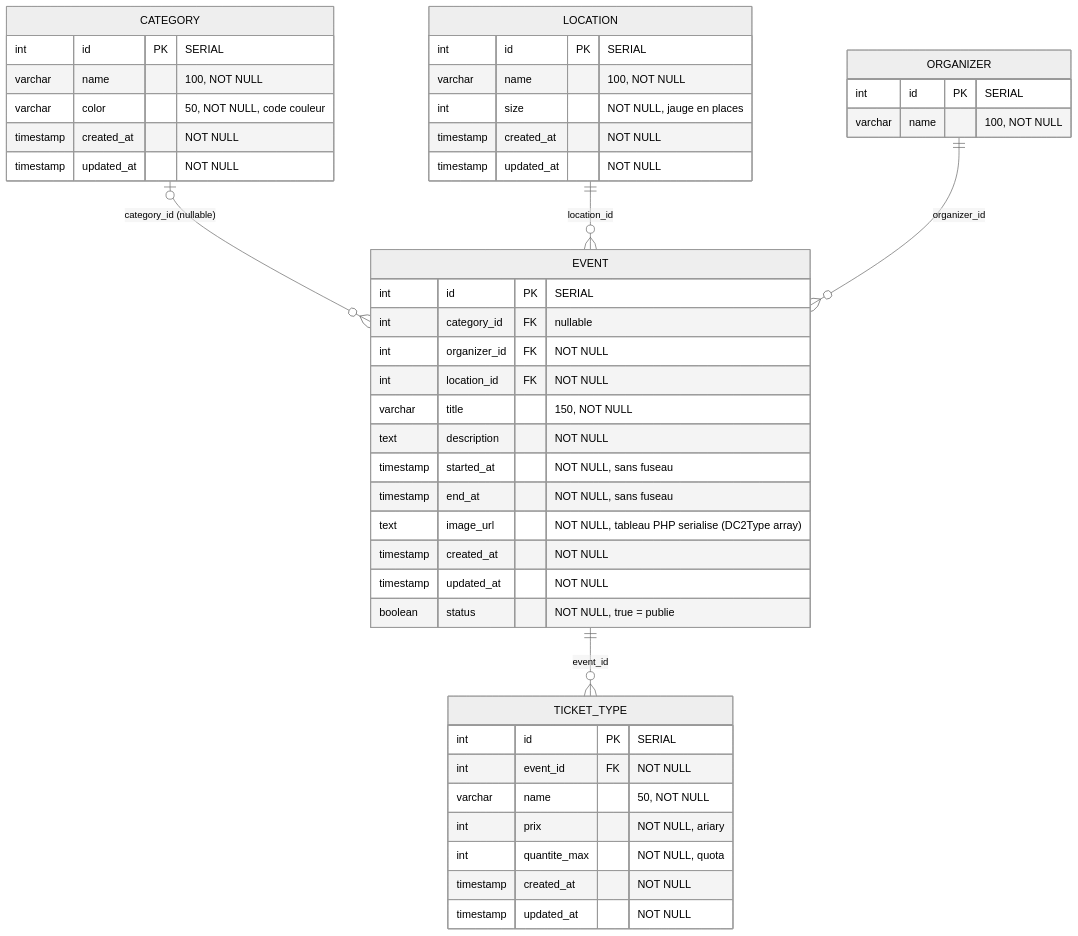
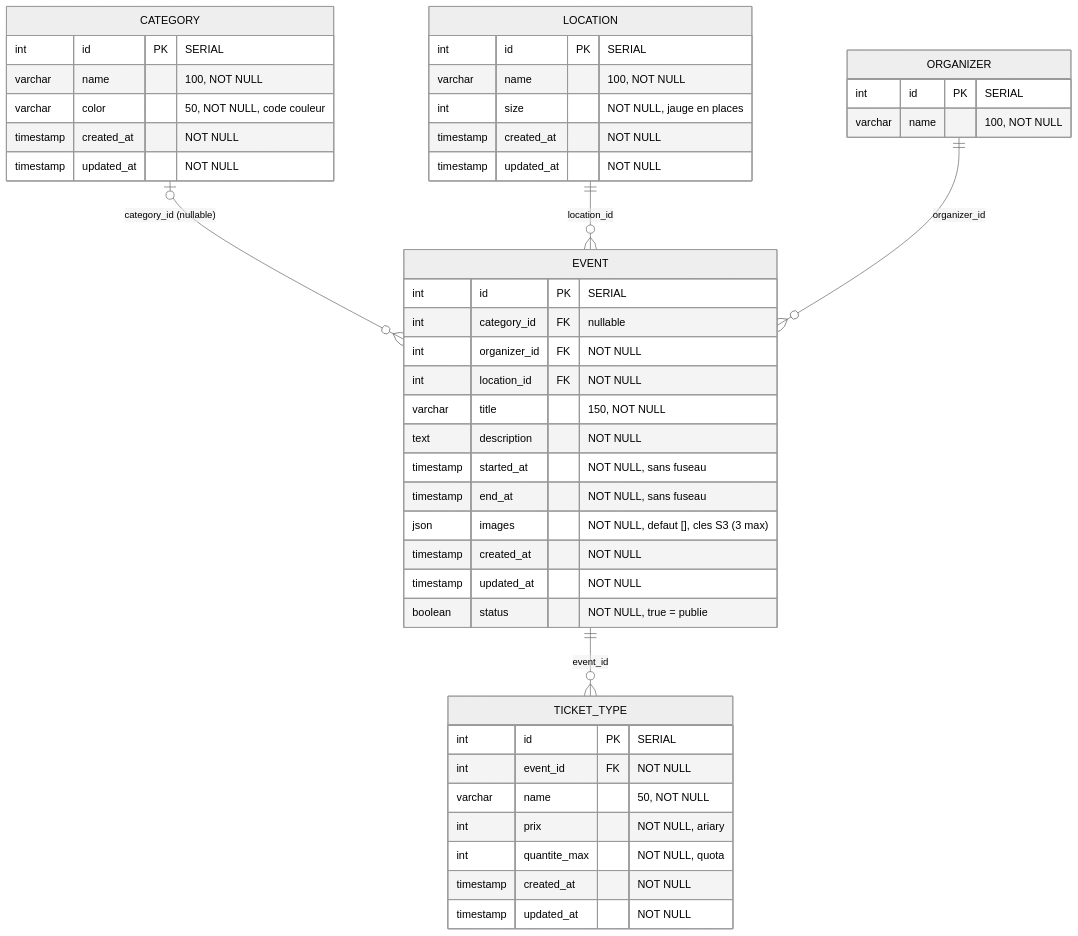
One commit to Jehovanie/TicketUp-Api changed the second of 5 diagrams in docs/database/erd.md. Above: the diagram before and after it, drawn with Mermaid (neutral theme). The commit also changed 17 other files, not shown here.

First line of the commit message:
feat(event): replace deprecated image_url with images JSON field for event entity

````diff
--- a/docs/database/erd.md
+++ b/docs/database/erd.md
@@ -38,53 +38,53 @@
 ```mermaid
 erDiagram
     CATEGORY |o--o{ EVENT : "category_id (nullable)"
     LOCATION ||--o{ EVENT : "location_id"
     ORGANIZER ||--o{ EVENT : "organizer_id"
     EVENT ||--o{ TICKET_TYPE : "event_id"
 
     EVENT {
         int id PK "SERIAL"
         int category_id FK "nullable"
         int organizer_id FK "NOT NULL"
         int location_id FK "NOT NULL"
         varchar title "150, NOT NULL"
         text description "NOT NULL"
         timestamp started_at "NOT NULL, sans fuseau"
         timestamp end_at "NOT NULL, sans fuseau"
-        text image_url "NOT NULL, tableau PHP serialise (DC2Type array)"
+        json images "NOT NULL, defaut [], cles S3 (3 max)"
         timestamp created_at "NOT NULL"
         timestamp updated_at "NOT NULL"
         boolean status "NOT NULL, true = publie"
     }
 
     CATEGORY {
         int id PK "SERIAL"
         varchar name "100, NOT NULL"
         varchar color "50, NOT NULL, code couleur"
         timestamp created_at "NOT NULL"
         timestamp updated_at "NOT NULL"
     }
 
     LOCATION {
         int id PK "SERIAL"
         varchar name "100, NOT NULL"
         int size "NOT NULL, jauge en places"
         timestamp created_at "NOT NULL"
         timestamp updated_at "NOT NULL"
     }
 
     TICKET_TYPE {
         int id PK "SERIAL"
         int event_id FK "NOT NULL"
         varchar name "50, NOT NULL"
         int prix "NOT NULL, ariary"
         int quantite_max "NOT NULL, quota"
         timestamp created_at "NOT NULL"
         timestamp updated_at "NOT NULL"
     }
 
     ORGANIZER {
         int id PK "SERIAL"
         varchar name "100, NOT NULL"
     }
 ```
````
